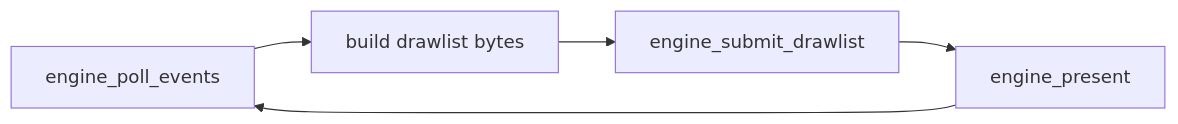
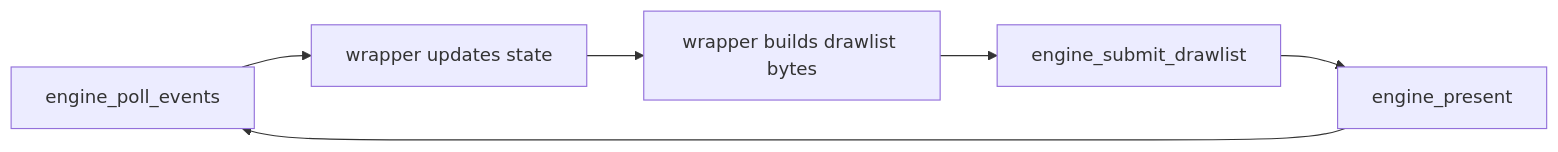
One commit to RtlZeroMemory/Zireael changed the diagram in docs/user-guide/concepts.md. Above: the diagram before and after it, drawn with Mermaid. The commit also changed other lines of this file and 33 other files, not shown here.

````diff
--- a/docs/user-guide/concepts.md
+++ b/docs/user-guide/concepts.md
@@ -13,7 +24,8 @@
 ```mermaid
 flowchart LR
-  A[engine_poll_events] --> B[build drawlist bytes]
-  B --> C[engine_submit_drawlist]
-  C --> D[engine_present]
-  D --> A
+  A[engine_poll_events] --> B[wrapper updates state]
+  B --> C[wrapper builds drawlist bytes]
+  C --> D[engine_submit_drawlist]
+  D --> E[engine_present]
+  E --> A
 ```
````
